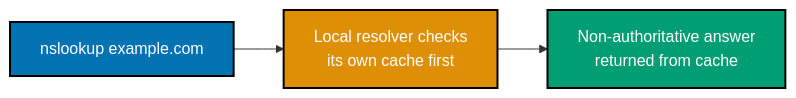
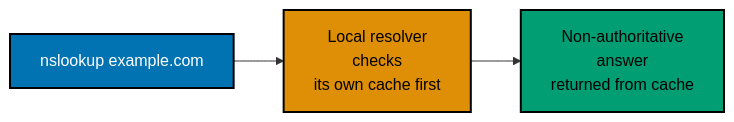
Before and after one commit to wahidyankf/ose-public: the seventh of 11 diagrams in apps/ayokoding-www/content/en/learn/courses/networking-essentials/learning/beginner.md, drawn with Mermaid. The commit also changed other lines of this file and 145 other files, not shown here.

First line of the commit message:
fix(mermaid): bring the second half of the courses diagrams onto the accessible palette

````diff
--- a/apps/ayokoding-www/content/en/learn/courses/networking-essentials/learning/beginner.md
+++ b/apps/ayokoding-www/content/en/learn/courses/networking-essentials/learning/beginner.md
@@ -686,10 +704,13 @@
 ```mermaid
 %% Color Palette: Blue #0173B2, Orange #DE8F05, Teal #029E73
 graph LR
-    A["nslookup example.com"]:::blue --> B["Local resolver checks<br/>its own cache first"]:::orange
-    B --> C["Non-authoritative answer<br/>returned from cache"]:::teal
+    accTitle: Example 18: nslookup Basics
+    accDescr: Graph with 3 nodes and 2 connections. Nodes: nslookup example.com, Local resolver checks its own cache first, Non-authoritative answer returned from cache. Connections: nslookup example.com to Local resolver checks its own cache first, Local resolver checks its own cache first to Non-authoritative answer returned from cache.
+    A["nslookup example.com"]:::blue --> B["Local resolver<br/>checks<br/>its own cache first"]:::orange
+    B --> C["Non-authoritative<br/>answer<br/>returned from cache"]:::teal
 
     classDef blue fill:#0173B2,stroke:#000000,color:#FFFFFF,stroke-width:2px
-    classDef orange fill:#DE8F05,stroke:#000000,color:#FFFFFF,stroke-width:2px
-    classDef teal fill:#029E73,stroke:#000000,color:#FFFFFF,stroke-width:2px
+    classDef orange fill:#DE8F05,stroke:#000000,color:#000000,stroke-width:2px
+    classDef teal fill:#029E73,stroke:#000000,color:#000000,stroke-width:2px
+    classDef default fill:#FFFFFF,stroke:#000000,color:#000000
 ```
````
